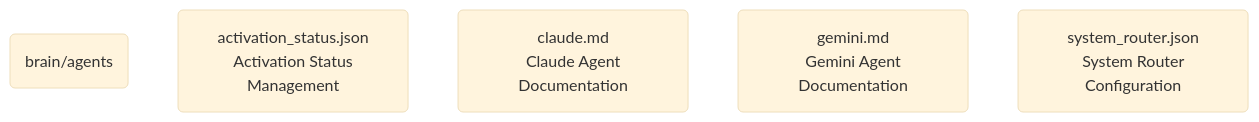
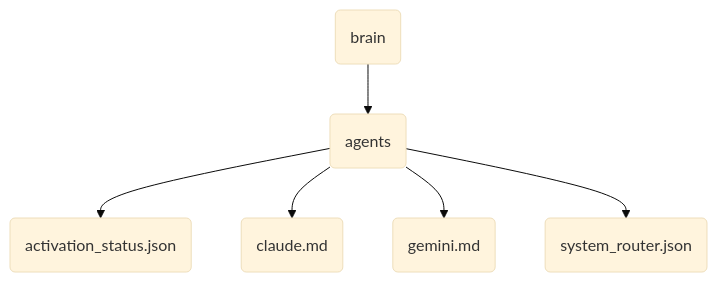
The diagram in brain/agents/_DIR_IDENTITY.md (LongLeo287/OmniClaw), drawn with Mermaid (base theme) before and after one commit. The commit also changed other lines of this file and 9 other files, not shown here.

````diff
--- a/brain/agents/_DIR_IDENTITY.md
+++ b/brain/agents/_DIR_IDENTITY.md
@@ -18,12 +18,8 @@
 ```mermaid
 graph TD
- Root("brain/agents")
- NodeA("activation_status.json"
- Activation Status Management)
- NodeB("claude.md"
- Claude Agent Documentation)
- NodeC("gemini.md"
- Gemini Agent Documentation)
- NodeD("system_router.json"
- System Router Configuration)
+  Parent("brain") --> Node("agents")
+  Node --> Sub1("activation_status.json")
+  Node --> Sub2("claude.md")
+  Node --> Sub3("gemini.md")
+  Node --> Sub4("system_router.json")
 ```
````
